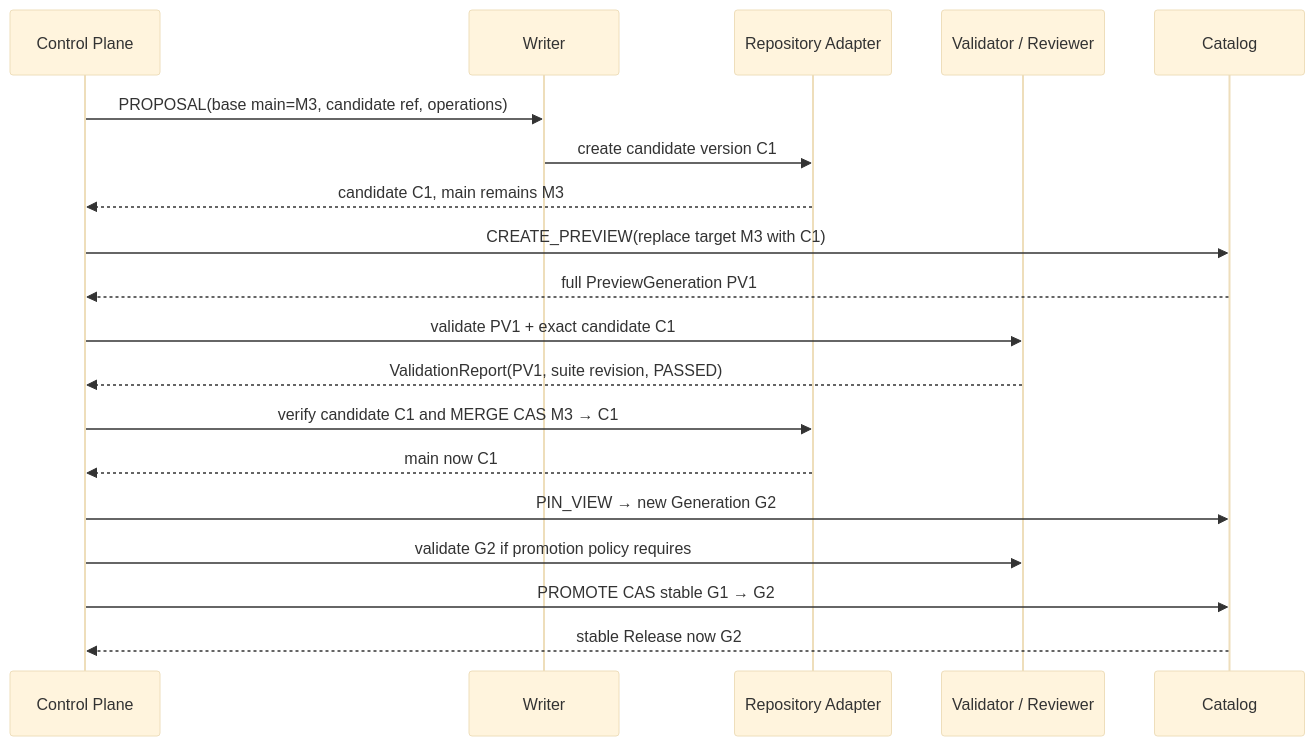
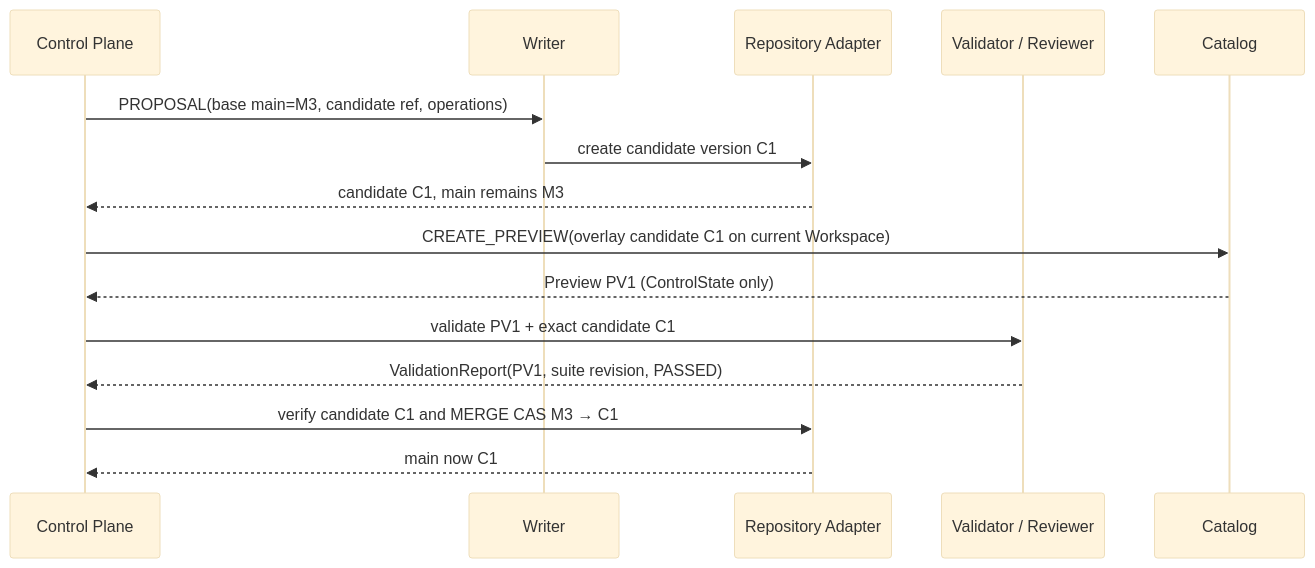
Before and after one commit to AlexKaiqi/knowledge-catalog: diagram 15 of 17 in docs/KNOWLEDGE_CATALOG_DESIGN.md, drawn with Mermaid (base theme). The commit also changed other lines of this file and 183 other files, not shown here.

````diff
--- a/docs/KNOWLEDGE_CATALOG_DESIGN.md
+++ b/docs/KNOWLEDGE_CATALOG_DESIGN.md
@@ -1278,23 +1271,19 @@
 ```mermaid
 %% diagram:maintenance-loop
 sequenceDiagram
   participant CP as Control Plane
   participant I as Writer
   participant R as Repository Adapter
   participant V as Validator / Reviewer
   participant C as Catalog
 
   CP->>I: PROPOSAL(base main=M3, candidate ref, operations)
   I->>R: create candidate version C1
   R-->>CP: candidate C1, main remains M3
-  CP->>C: CREATE_PREVIEW(replace target M3 with C1)
-  C-->>CP: full PreviewGeneration PV1
+  CP->>C: CREATE_PREVIEW(overlay candidate C1 on current Workspace)
+  C-->>CP: Preview PV1 (ControlState only)
   CP->>V: validate PV1 + exact candidate C1
   V-->>CP: ValidationReport(PV1, suite revision, PASSED)
   CP->>R: verify candidate C1 and MERGE CAS M3 → C1
   R-->>CP: main now C1
-  CP->>C: PIN_VIEW → new Generation G2
-  CP->>V: validate G2 if promotion policy requires
-  CP->>C: PROMOTE CAS stable G1 → G2
-  C-->>CP: stable Release now G2
 ```
````
